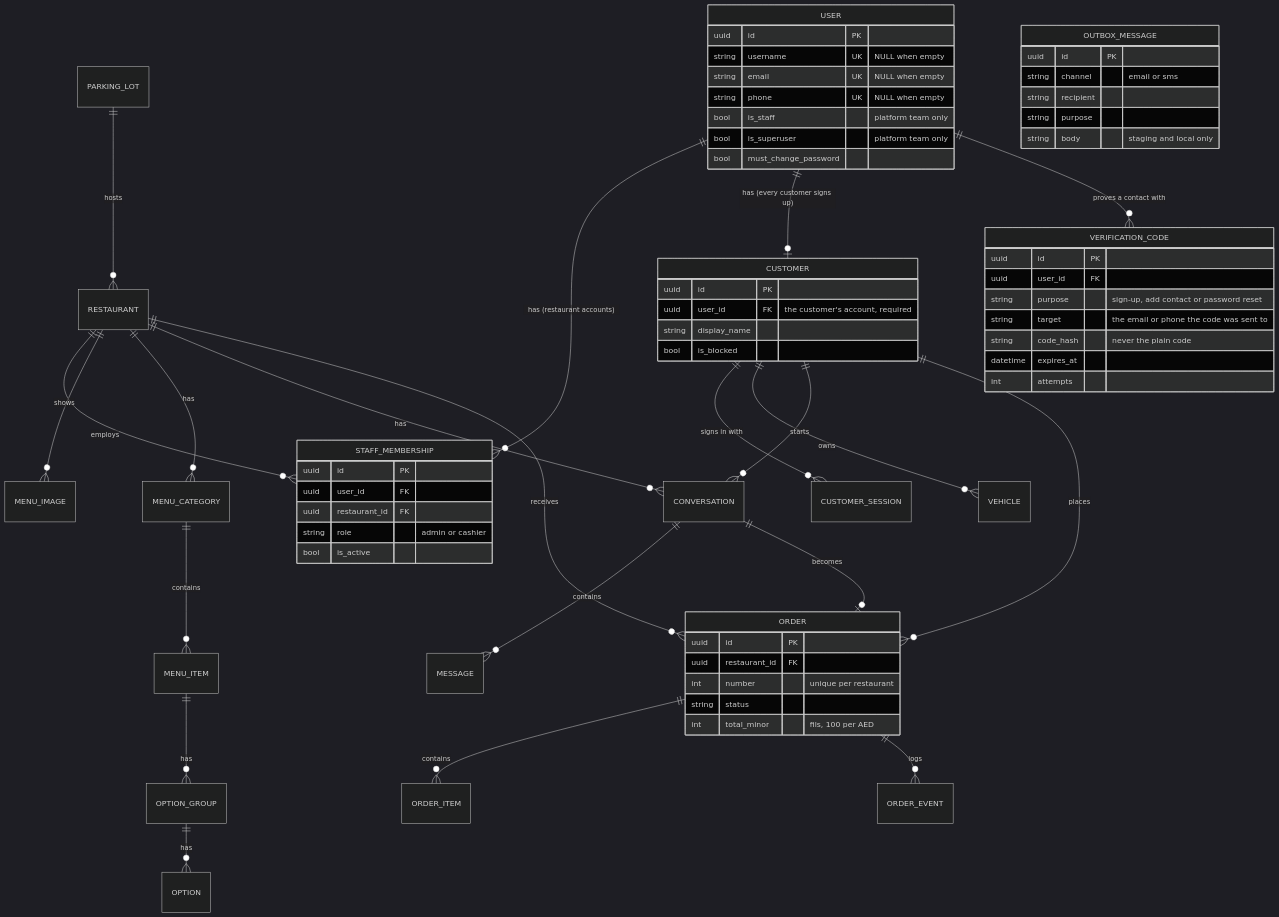
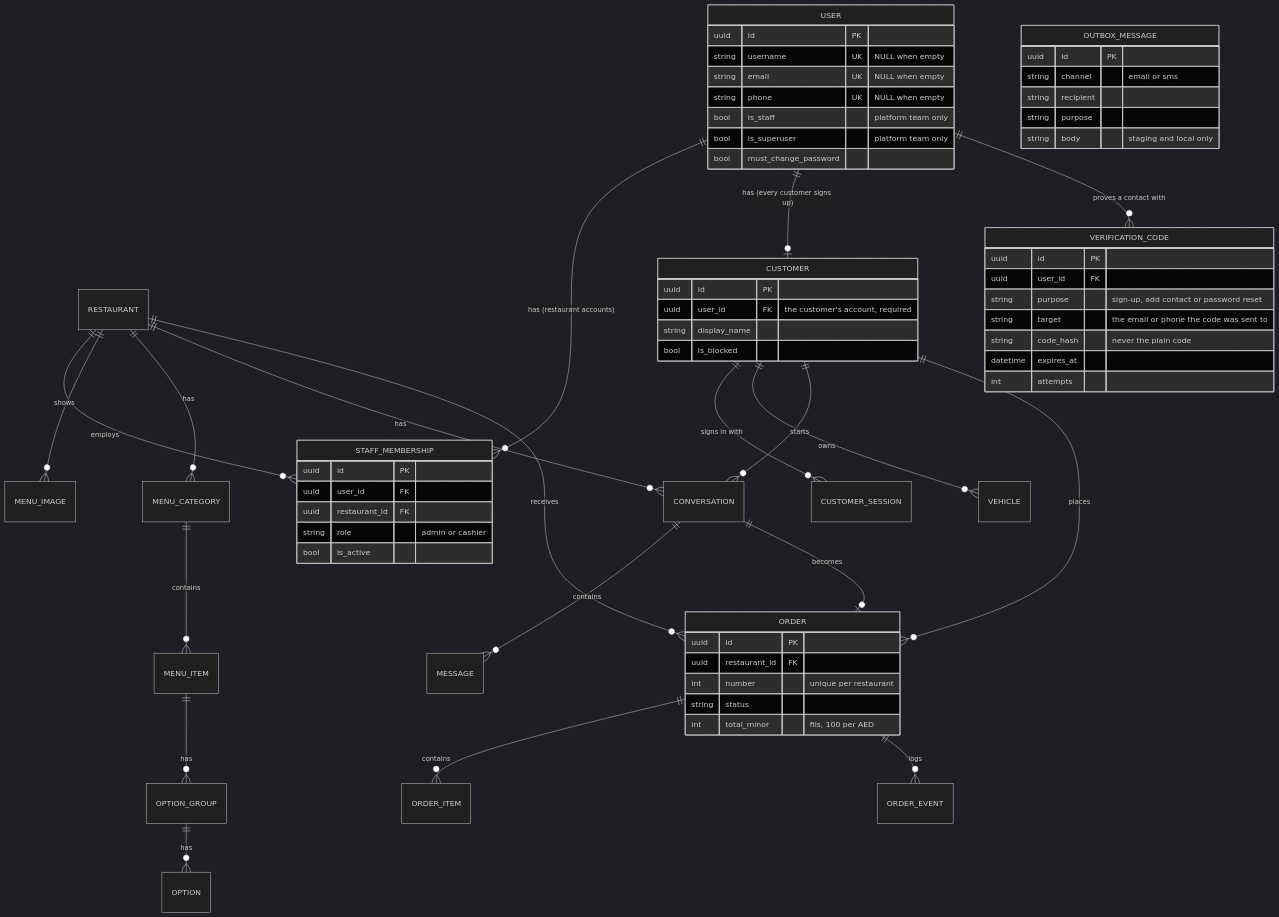
The seventh of 7 diagrams in docs/project-overview.md (Aalihaidar/wasli-backend), drawn with Mermaid (dark theme) before and after one commit. The commit also changed other lines of this file and 30 other files, not shown here.

Commit message:
feat(restaurants)!: replace the parking lot with an optional service distance

````diff
--- a/docs/project-overview.md
+++ b/docs/project-overview.md
@@ -184,69 +184,68 @@
 ```mermaid
 erDiagram
     USER ||--o{ STAFF_MEMBERSHIP : "has (restaurant accounts)"
     RESTAURANT ||--o{ STAFF_MEMBERSHIP : employs
     USER ||--o| CUSTOMER : "has (every customer signs up)"
     USER ||--o{ VERIFICATION_CODE : "proves a contact with"
     CUSTOMER ||--o{ CUSTOMER_SESSION : "signs in with"
     CUSTOMER ||--o{ VEHICLE : owns
-    PARKING_LOT ||--o{ RESTAURANT : hosts
     RESTAURANT ||--o{ MENU_IMAGE : shows
     RESTAURANT ||--o{ MENU_CATEGORY : has
     MENU_CATEGORY ||--o{ MENU_ITEM : contains
     MENU_ITEM ||--o{ OPTION_GROUP : has
     OPTION_GROUP ||--o{ OPTION : has
     RESTAURANT ||--o{ CONVERSATION : has
     CUSTOMER ||--o{ CONVERSATION : starts
     CONVERSATION ||--o{ MESSAGE : contains
     CONVERSATION ||--o| ORDER : becomes
     RESTAURANT ||--o{ ORDER : receives
     CUSTOMER ||--o{ ORDER : places
     ORDER ||--o{ ORDER_ITEM : contains
     ORDER ||--o{ ORDER_EVENT : logs
 
     USER {
         uuid id PK
         string username UK "NULL when empty"
         string email UK "NULL when empty"
         string phone UK "NULL when empty"
         bool is_staff "platform team only"
         bool is_superuser "platform team only"
         bool must_change_password
     }
     STAFF_MEMBERSHIP {
         uuid id PK
         uuid user_id FK
         uuid restaurant_id FK
         string role "admin or cashier"
         bool is_active
     }
     VERIFICATION_CODE {
         uuid id PK
         uuid user_id FK
         string purpose "sign-up, add contact or password reset"
         string target "the email or phone the code was sent to"
         string code_hash "never the plain code"
         datetime expires_at
         int attempts
     }
     OUTBOX_MESSAGE {
         uuid id PK
         string channel "email or sms"
         string recipient
         string purpose
         string body "staging and local only"
     }
     CUSTOMER {
         uuid id PK
         uuid user_id FK "the customer's account, required"
         string display_name
         bool is_blocked
     }
     ORDER {
         uuid id PK
         uuid restaurant_id FK
         int number "unique per restaurant"
         string status
         int total_minor "fils, 100 per AED"
     }
 ```
````
